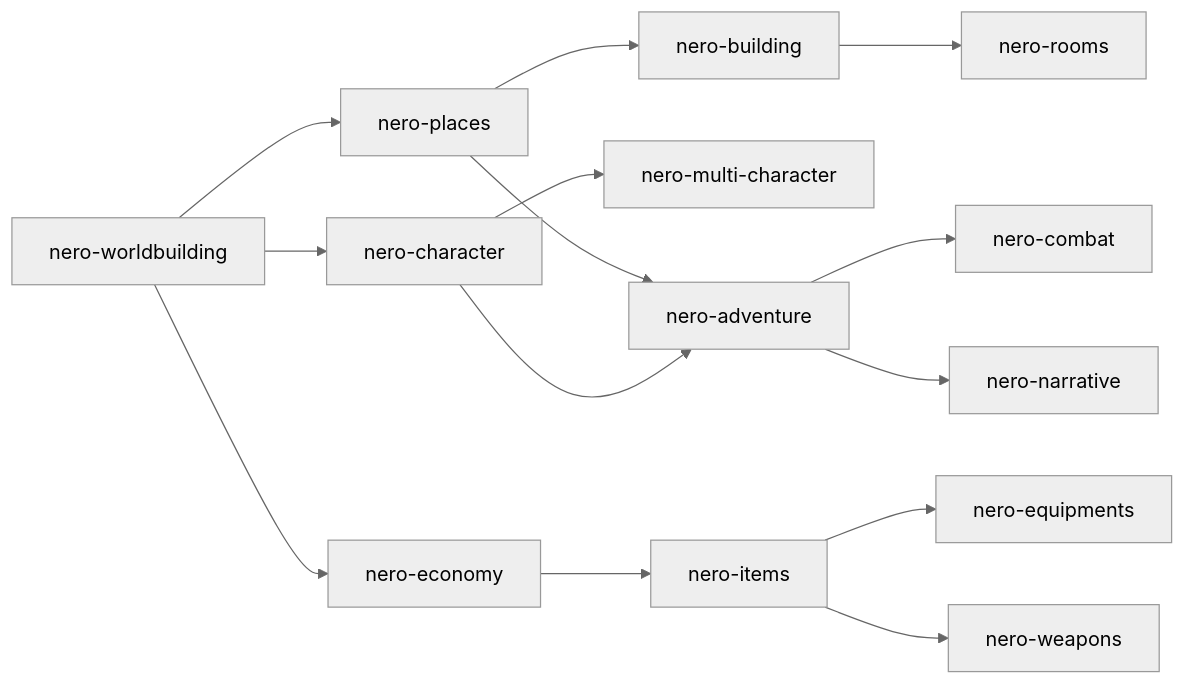
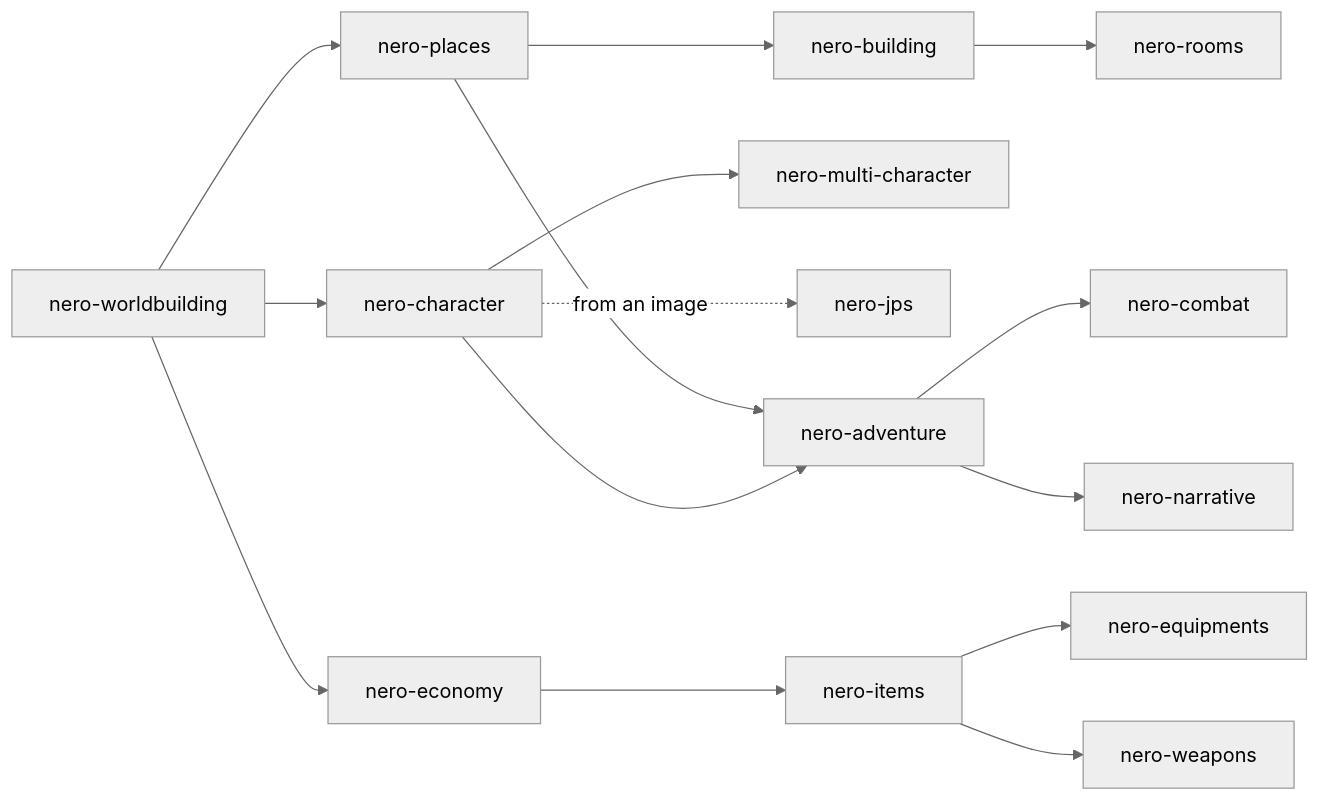
The diagram in README.md (KMC1525/nero), drawn with Mermaid (neutral theme) before and after one commit. The commit also changed other lines of this file and 16 other files, not shown here.

````diff
--- a/README.md
+++ b/README.md
@@ -138,16 +204,17 @@
 ```mermaid
 flowchart LR
     W[nero-worldbuilding] --> P[nero-places]
     W --> E[nero-economy]
     P --> B[nero-building]
     B --> R[nero-rooms]
     W --> C[nero-character]
     C --> M[nero-multi-character]
+    C -. from an image .-> J[nero-jps]
     E --> I[nero-items]
     I --> Q[nero-equipments]
     I --> K[nero-weapons]
     P --> A[nero-adventure]
     C --> A
     A --> X[nero-combat]
     A --> N[nero-narrative]
 ```
````
